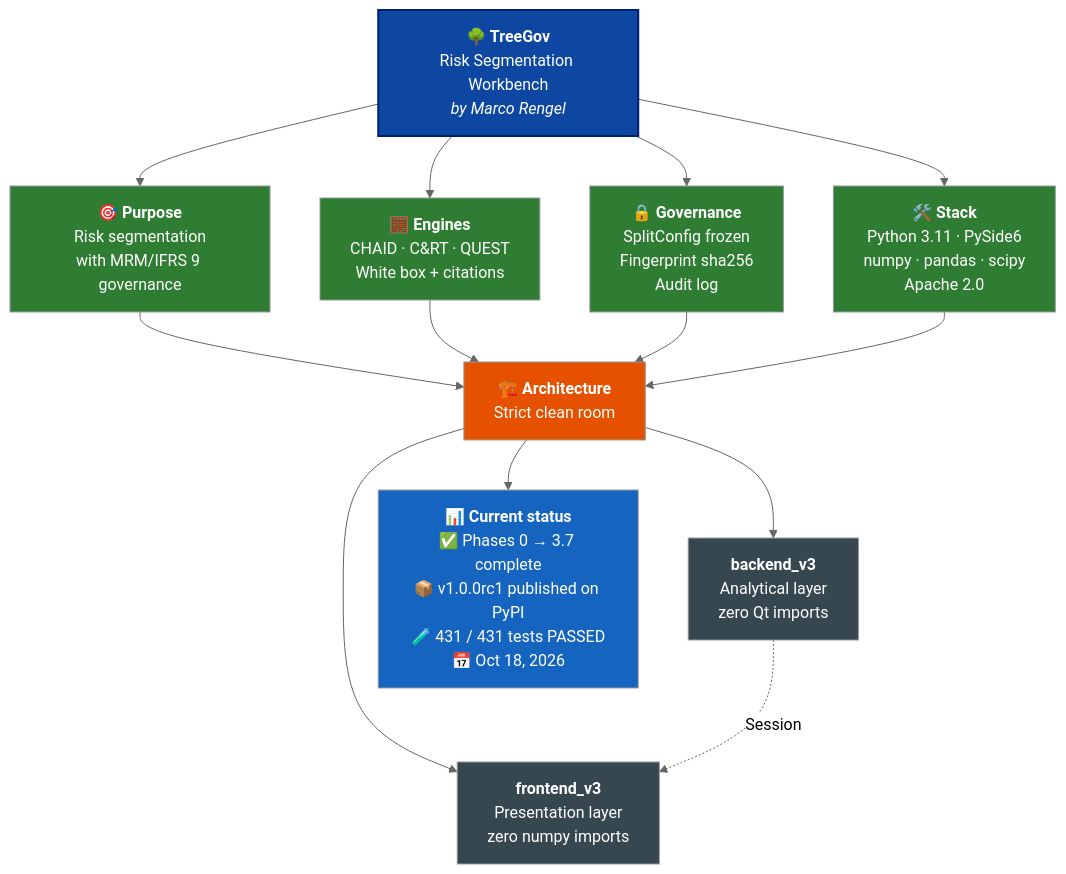
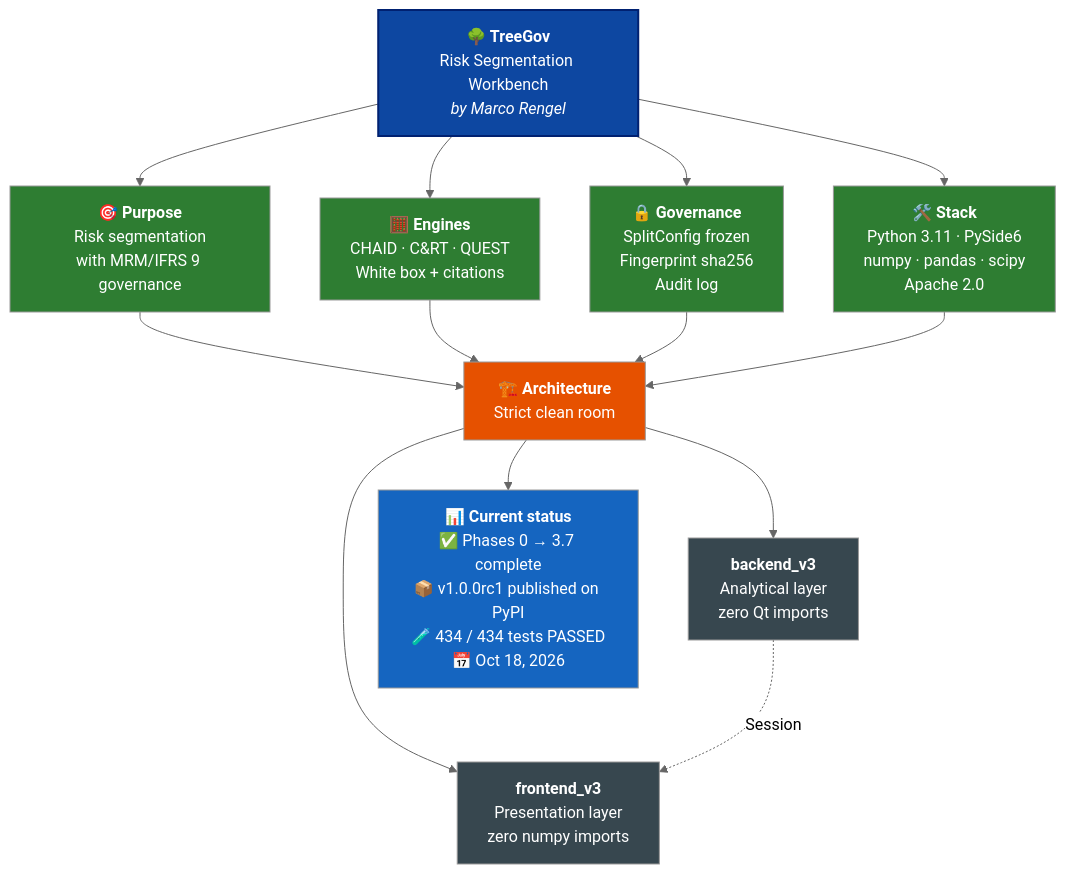
Before and after one commit to Marco-Rengel/treegov: the diagram in README.md, drawn with Mermaid (neutral theme). The commit also changed other lines of this file and 28 other files, not shown here.

````diff
--- a/README.md
+++ b/README.md
@@ -34,31 +34,31 @@
 ```mermaid
 flowchart TB
     TG["<b>🌳 TreeGov</b><br/>Risk Segmentation Workbench<br/><i>by Marco Rengel</i>"]
 
     TG --> P["<b>🎯 Purpose</b><br/>Risk segmentation<br/>with MRM/IFRS 9 governance"]
     TG --> M["<b>🧮 Engines</b><br/>CHAID · C&RT · QUEST<br/>White box + citations"]
     TG --> G["<b>🔒 Governance</b><br/>SplitConfig frozen<br/>Fingerprint sha256<br/>Audit log"]
     TG --> S["<b>🛠️ Stack</b><br/>Python 3.11 · PySide6<br/>numpy · pandas · scipy<br/>Apache 2.0"]
 
     P --> ARQ["<b>🏗️ Architecture</b><br/>Strict clean room"]
     M --> ARQ
     G --> ARQ
     S --> ARQ
 
     ARQ --> BE["<b>backend_v3</b><br/>Analytical layer<br/>zero Qt imports"]
     ARQ --> FE["<b>frontend_v3</b><br/>Presentation layer<br/>zero numpy imports"]
 
     BE -.->|Session| FE
 
-    ARQ --> ST["<b>📊 Current status</b><br/>✅ Phases 0 → 3.7 complete<br/>📦 v1.0.0rc1 published on PyPI<br/>🧪 431 / 431 tests PASSED<br/>📅 Oct 18, 2026"]
+    ARQ --> ST["<b>📊 Current status</b><br/>✅ Phases 0 → 3.7 complete<br/>📦 v1.0.0rc1 published on PyPI<br/>🧪 434 / 434 tests PASSED<br/>📅 Oct 18, 2026"]
 
     style TG fill:#0D47A1,color:#fff,stroke:#002171,stroke-width:2px
     style P fill:#2E7D32,color:#fff
     style M fill:#2E7D32,color:#fff
     style G fill:#2E7D32,color:#fff
     style S fill:#2E7D32,color:#fff
     style ARQ fill:#E65100,color:#fff
     style BE fill:#37474F,color:#fff
     style FE fill:#37474F,color:#fff
     style ST fill:#1565C0,color:#fff
 ```
````
